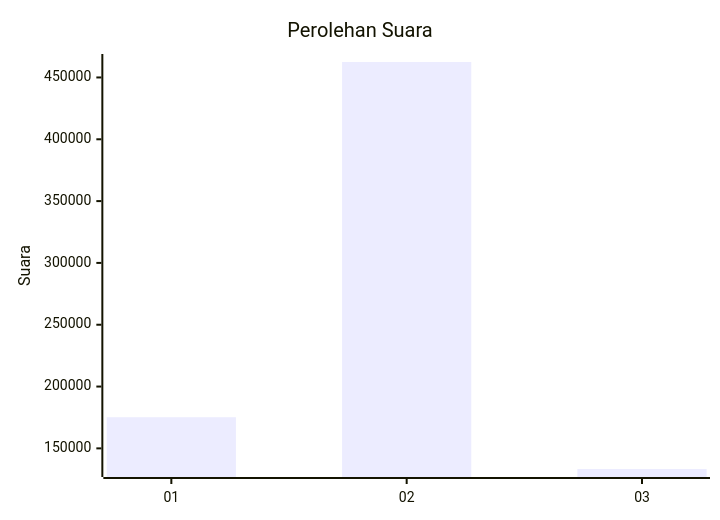
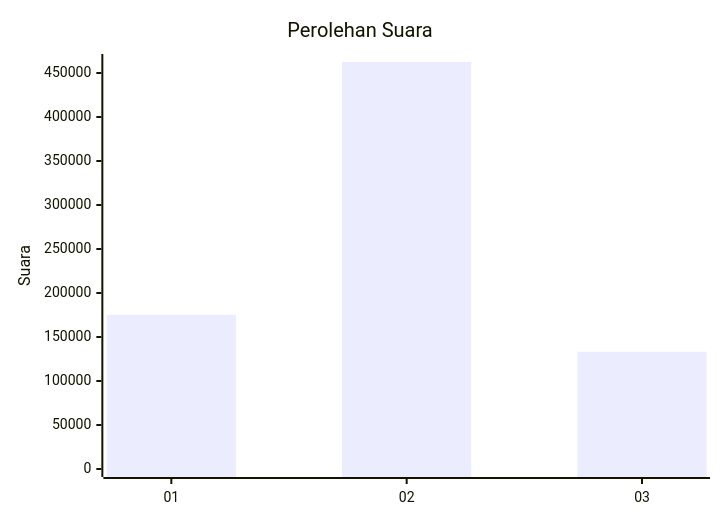
The first of 2 diagrams in pilpres/hitung-suara/sub/table-wilayah-19.md (gigit-pemilu/pemilu-2024), drawn with Mermaid before and after one commit. The commit also changed 42 other files, not shown here.

````diff
--- a/pilpres/hitung-suara/sub/table-wilayah-19.md
+++ b/pilpres/hitung-suara/sub/table-wilayah-19.md
@@ -7,7 +7,7 @@
 ```mermaid
 xychart-beta
     title "Perolehan Suara"
     x-axis [01, 02, 03]
-    y-axis "Suara"
+    y-axis "Suara" 0 --> 462503
     bar [175200, 462503, 133313]
 ```
````
